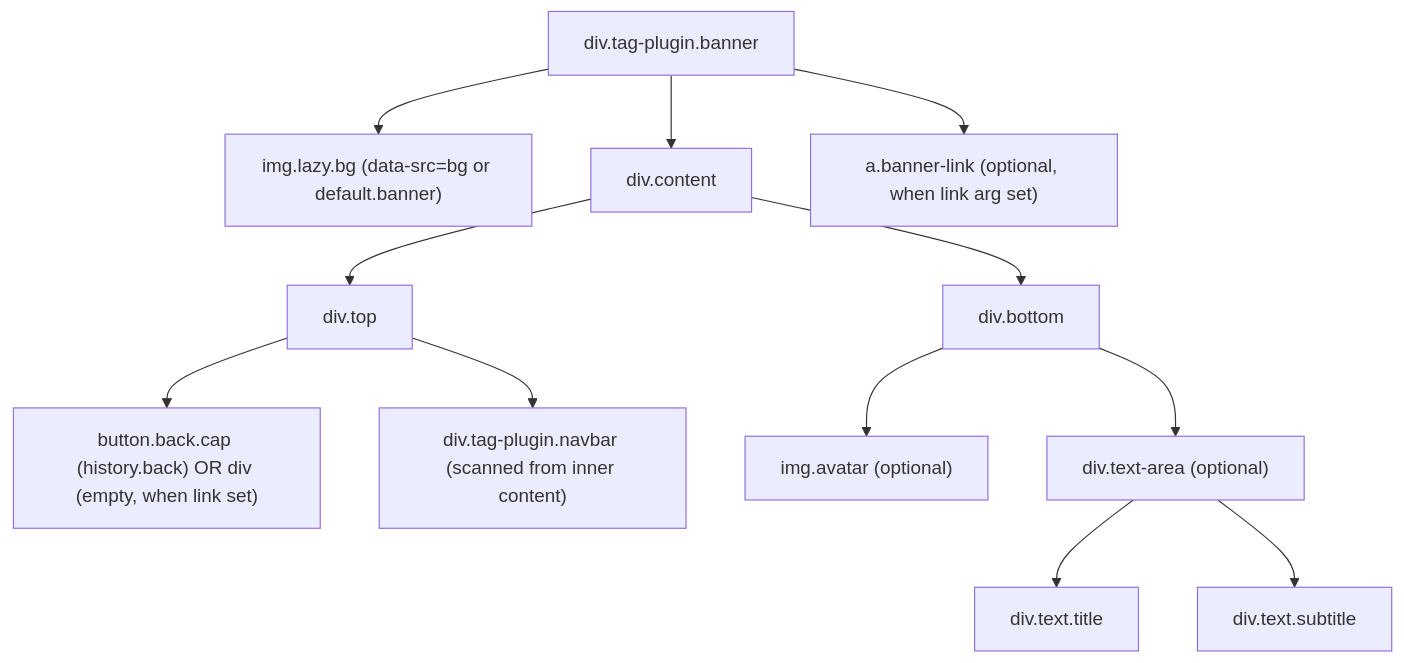
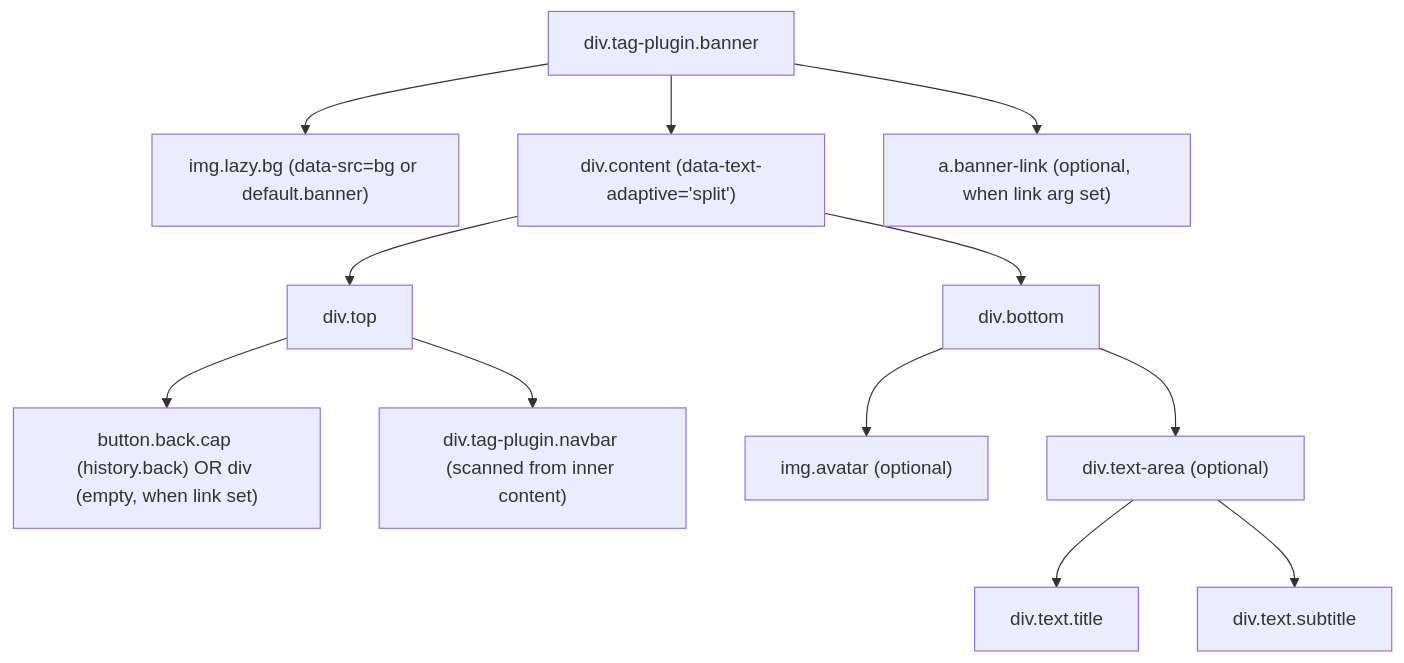
One commit to xaoxuu/hexo-theme-stellar changed the fifth of 5 diagrams in docs/knowledge/04-标签插件/link-grid-banner-tags.md. Above: the diagram before and after it, drawn with Mermaid. The commit also changed other lines of this file and 24 other files, not shown here.

Commit message:
feat: 背景图文字颜色自适应（split 大字 contrast + 小字 theme）

````diff
--- a/docs/knowledge/04-标签插件/link-grid-banner-tags.md
+++ b/docs/knowledge/04-标签插件/link-grid-banner-tags.md
@@ -287,18 +287,18 @@
 ```mermaid
 graph TD
   root["div.tag-plugin.banner"]
   root --> bg["img.lazy.bg (data-src=bg or default.banner)"]
-  root --> content["div.content"]
+  root --> content["div.content (data-text-adaptive='split')"]
   root --> banner_link["a.banner-link (optional, when link arg set)"]
 
   content --> top["div.top"]
   content --> bottom["div.bottom"]
 
   top --> back_or_empty["button.back.cap (history.back) OR div (empty, when link set)"]
   top --> navbar["div.tag-plugin.navbar (scanned from inner content)"]
 
   bottom --> avatar["img.avatar (optional)"]
   bottom --> text_area["div.text-area (optional)"]
   text_area --> title_div["div.text.title"]
   text_area --> subtitle_div["div.text.subtitle"]
 ```
````
